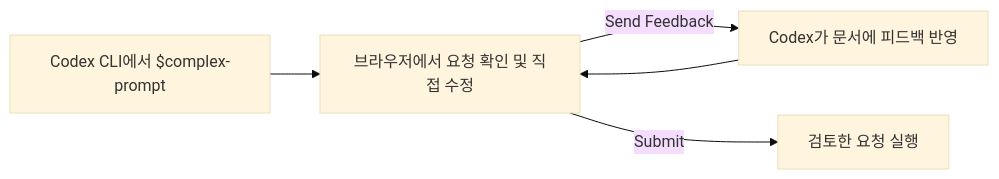
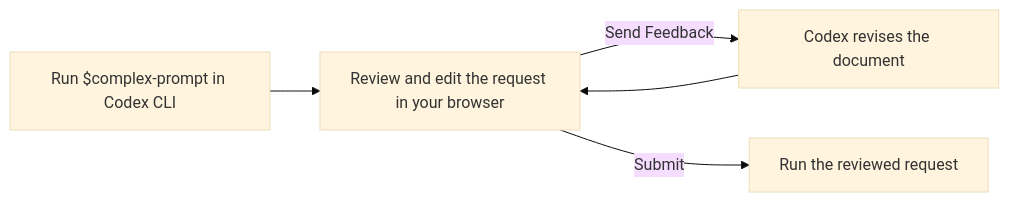
The diagram in README.md (nayounsang/codex-complex-prompt), drawn with Mermaid (base theme) before and after one commit. The commit also changed other lines of this file and 19 other files, not shown here.

````diff
--- a/README.md
+++ b/README.md
@@ -13,7 +15,7 @@
 ```mermaid
 flowchart LR
-    A["Codex CLI에서 $complex-prompt"] --> B[브라우저에서 요청 확인 및 직접 수정]
-    B -->|Send Feedback| C[Codex가 문서에 피드백 반영]
+    A["Run $complex-prompt in Codex CLI"] --> B[Review and edit the request in your browser]
+    B -->|Send Feedback| C[Codex revises the document]
     C --> B
-    B -->|Submit| D[검토한 요청 실행]
+    B -->|Submit| D[Run the reviewed request]
 ```
````
